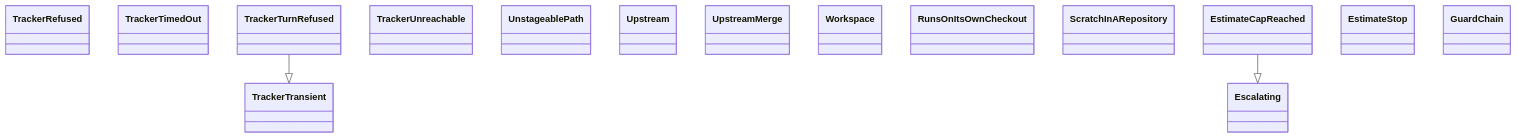
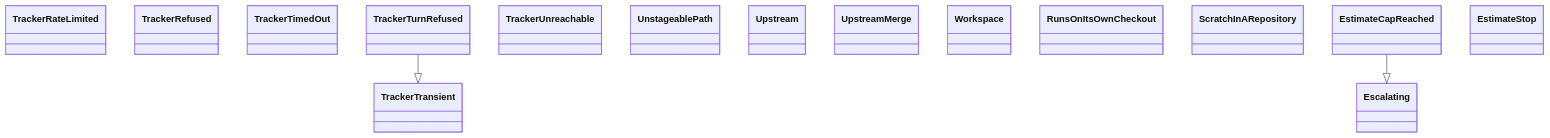
One commit to GonzaloZevallos/agentic-system changed the diagram in docs/architecture/generated/classes-process-application-support-8.md. Above: the diagram before and after it, drawn with Mermaid. The commit also changed other lines of this file and 3 other files, not shown here.

Commit message:
Regenerate architecture docs for QueueEntry and Tracker.queue_entries

````diff
--- a/docs/architecture/generated/classes-process-application-support-8.md
+++ b/docs/architecture/generated/classes-process-application-support-8.md
@@ -21,20 +21,20 @@
 ```mermaid
 classDiagram
+    class ports__TrackerRateLimited["TrackerRateLimited"]
     class ports__TrackerRefused["TrackerRefused"]
     class ports__TrackerTimedOut["TrackerTimedOut"]
     class ports__TrackerTransient["TrackerTransient"]
     class ports__TrackerTurnRefused["TrackerTurnRefused"]
     class ports__TrackerUnreachable["TrackerUnreachable"]
     class ports__UnstageablePath["UnstageablePath"]
     class ports__Upstream["Upstream"]
     class ports__UpstreamMerge["UpstreamMerge"]
     class ports__Workspace["Workspace"]
     class preflight__RunsOnItsOwnCheckout["RunsOnItsOwnCheckout"]
     class preflight__ScratchInARepository["ScratchInARepository"]
     class run_role__Escalating["Escalating"]
     class run_role__EstimateCapReached["EstimateCapReached"]
     class run_role__EstimateStop["EstimateStop"]
-    class run_role__GuardChain["GuardChain"]
     ports__TrackerTurnRefused --|> ports__TrackerTransient
     run_role__EstimateCapReached --|> run_role__Escalating
 ```
````
